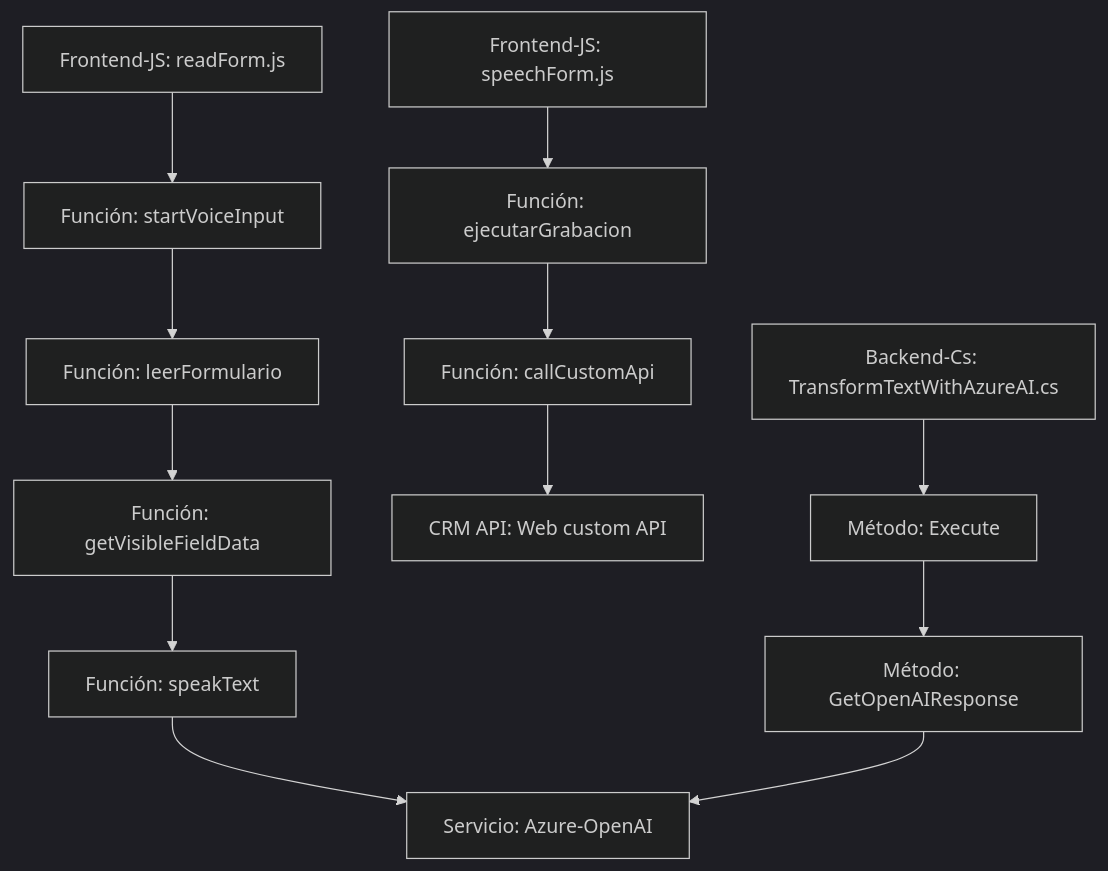
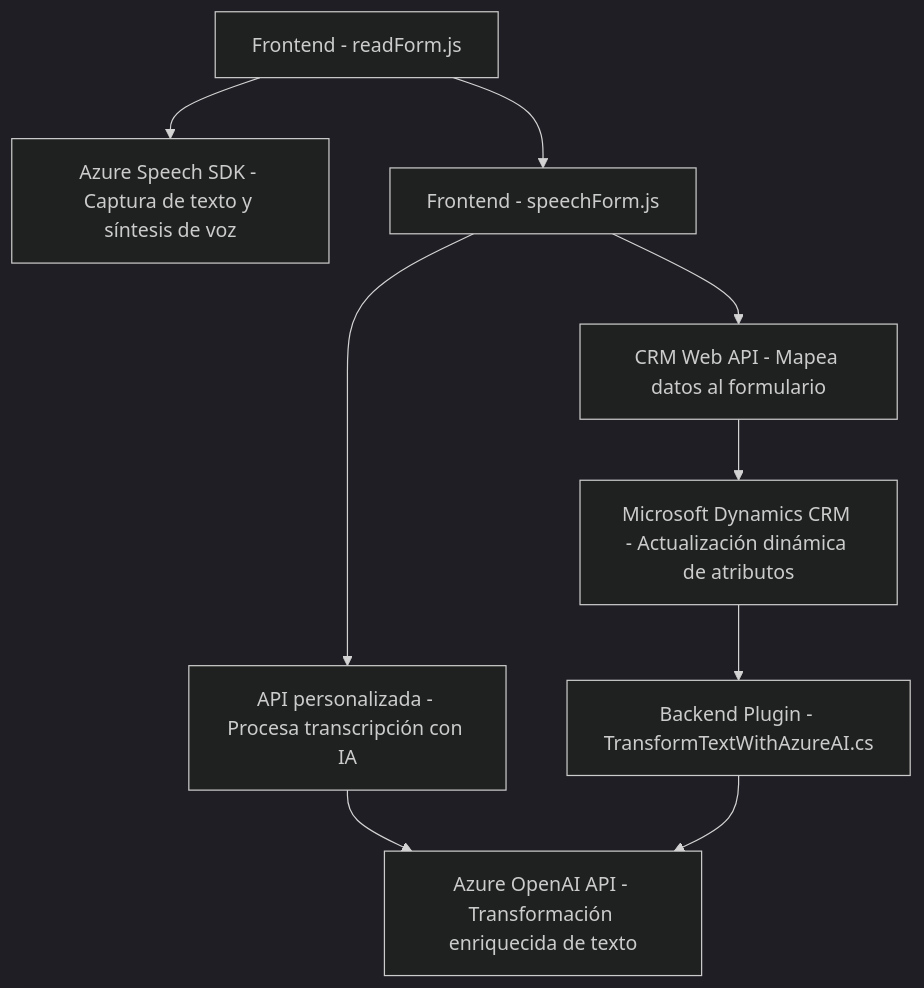
One commit to blopezdm/NETCORE_BILBAO2025 changed the diagram in README.md. Above: the diagram before and after it, drawn with Mermaid (dark theme). The commit also changed other lines of this file, not shown here.

Commit message:
Actualizar análisis global de la solución con IA

````diff
--- a/README.md
+++ b/README.md
@@ -51,16 +37,12 @@
 ```mermaid
 graph TD
-    A["Frontend-JS: readForm.js"] --> B["Función: startVoiceInput"]
-    B --> C["Función: leerFormulario"]
-    C --> D["Función: getVisibleFieldData"]
-    D --> E["Función: speakText"]
-    E --> F["SDK: Azure Speech"]
+    A["Frontend - readForm.js"] --> B["Azure Speech SDK - Captura de texto y síntesis de voz"]
+    A --> C["Frontend - speechForm.js"]
+    C --> D["API personalizada - Procesa transcripción con IA"]
+    C --> E["CRM Web API - Mapea datos al formulario"]
+    E --> F["Microsoft Dynamics CRM - Actualización dinámica de atributos"]
+    D --> G["Azure OpenAI API - Transformación enriquecida de texto"]
 
-    G["Frontend-JS: speechForm.js"] --> H["Función: ejecutarGrabacion"]
-    H --> I["Función: callCustomApi"]
-    I --> J["CRM API: Web custom API"]
-
-    K["Backend-Cs: TransformTextWithAzureAI.cs"] --> L["Método: Execute"]
-    L --> M["Método: GetOpenAIResponse"]
-    M --> F["Servicio: Azure-OpenAI"]
+    F --> H["Backend Plugin - TransformTextWithAzureAI.cs"]
+    H --> G
 ```
````
